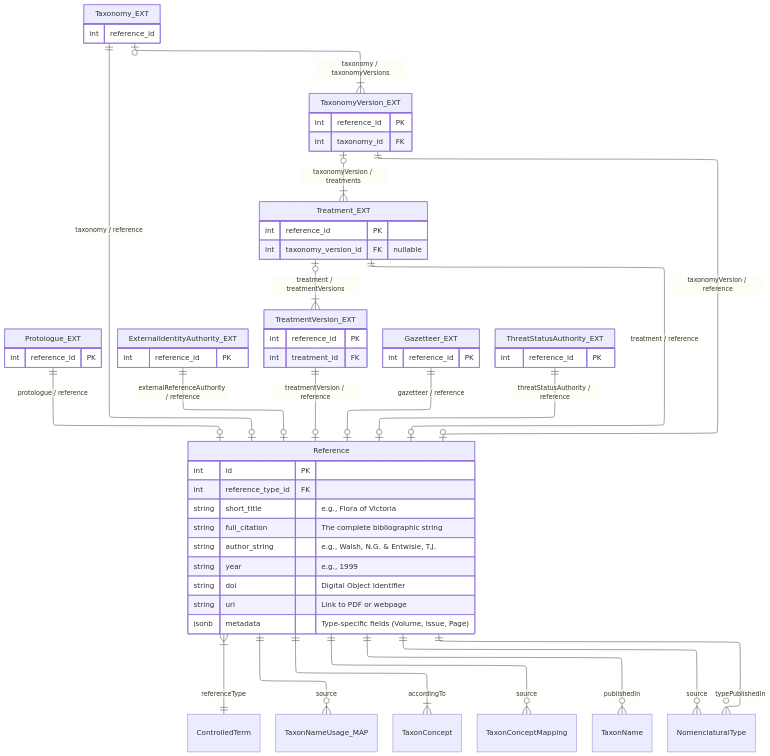
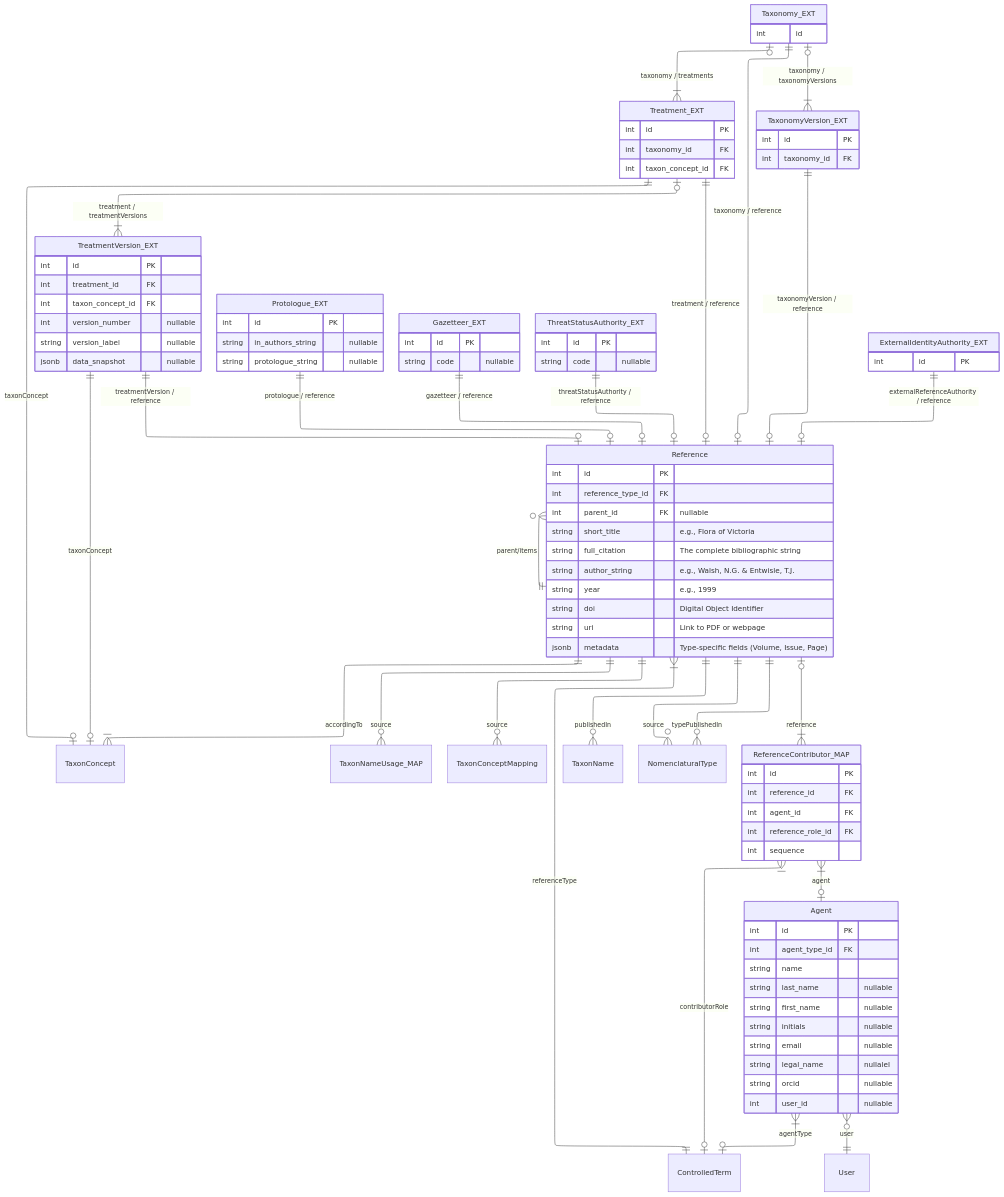
The seventh of 19 diagrams in docs/layers.md (vicflora/vicflora-data-model-2026), drawn with Mermaid before and after one commit. The commit also changed other lines of this file, not shown here.

Commit message:
Update ERDs

````diff
--- a/docs/layers.md
+++ b/docs/layers.md
@@ -282,24 +292,24 @@
     layout: elk
 ---
 erDiagram
-    Protologue_EXT ||--o| Reference : "protologue / reference"
-    ExternalIdentityAuthority_EXT ||--o| Reference : "externalReferenceAuthority / reference"
+    TreatmentVersion_EXT ||--o| Reference : "treatmentVersion / reference"
+    Treatment_EXT ||--o| Reference : "treatment / reference"
     Taxonomy_EXT ||--o| Reference : "taxonomy / reference"
     TaxonomyVersion_EXT ||--o| Reference : "taxonomyVersion / reference"
-    Treatment_EXT ||--o| Reference : "treatment / reference"
-    TreatmentVersion_EXT ||--o| Reference : "treatmentVersion / reference"
+    Protologue_EXT ||--o| Reference : "protologue / reference"
     Gazetteer_EXT ||--o| Reference : "gazetteer / reference"
     ThreatStatusAuthority_EXT ||--o| Reference : "threatStatusAuthority / reference"
-
-    %%TaxonTree }|--o| Taxonomy_EXT : "taxonomy"
-    %%TaxonTreeRevision }|--o| TaxonomyVersion_EXT : "taxonomyVersion"
-    %%TaxonConcept }|--o| TaxonomyVersion_EXT : "accordingTo"
-    %%TaxonConcept }|--o| Treatment_EXT : "accordingTo"
-    %%Profile }|--|| TreatmentVersion_EXT : "treatmentVersion"
+    ExternalIdentityAuthority_EXT ||--o| Reference : "externalReferenceAuthority / reference"
 
     Taxonomy_EXT |o--|{ TaxonomyVersion_EXT : "taxonomy / taxonomyVersions"
-    TaxonomyVersion_EXT |o--|{ Treatment_EXT : "taxonomyVersion / treatments"
+    Taxonomy_EXT |o--|{ Treatment_EXT : "taxonomy / treatments"
     Treatment_EXT |o--|{ TreatmentVersion_EXT : "treatment / treatmentVersions"
+
+    Treatment_EXT ||--o| TaxonConcept : taxonConcept
+    TreatmentVersion_EXT ||--o| TaxonConcept : taxonConcept
+
+    Reference }o--|| Reference : "parent/items"
+ 
 
     Reference }|--|| ControlledTerm : "referenceType"
     Reference ||--o{ TaxonNameUsage_MAP : "source"
@@ -308,10 +318,18 @@
     Reference ||--o{ TaxonName : "publishedIn"
     Reference ||--o{ NomenclaturalType : "typePublishedIn"
     Reference ||--o{ NomenclaturalType : "source"
+
+    Reference |o--|{ ReferenceContributor_MAP : reference
+    ReferenceContributor_MAP }|--o| Agent : agent
+
+    ReferenceContributor_MAP }|--o| ControlledTerm : contributorRole
+    Agent }|--o| ControlledTerm : agentType
+    Agent }o--|| User : user
     
     Reference {
         int id PK
         int reference_type_id FK
+        int parent_id FK "nullable"
         string short_title "e.g., Flora of Victoria"
         string full_citation "The complete bibliographic string"
         string author_string "e.g., Walsh, N.G. & Entwisle, T.J."
@@ -322,38 +340,67 @@
     }
 
     Taxonomy_EXT {
-      int reference_id
+      int id
     }
 
     TaxonomyVersion_EXT {
-      int reference_id PK
+      int id PK
       int taxonomy_id FK
     }
     
     Treatment_EXT {
-      int reference_id PK
-      int taxonomy_version_id FK "nullable"
+      int id PK
+      int taxonomy_id FK
+      int taxon_concept_id FK
     }
 
     TreatmentVersion_EXT {
-      int reference_id PK
+      int id PK
       int treatment_id FK
+      int taxon_concept_id FK
+      int version_number "nullable"
+      string version_label "nullable"
+      jsonb data_snapshot "nullable"
     }
 
     Protologue_EXT {
-      int reference_id PK
+      int id PK
+      string in_authors_string "nullable"
+      string protologue_string "nullable"
     }
 
     Gazetteer_EXT {
-      int reference_id PK
+      int id PK
+      string code "nullable"
     }
 
     ThreatStatusAuthority_EXT {
-      int reference_id PK
+      int id PK
+      string code "nullable"
     }
 
     ExternalIdentityAuthority_EXT {
-      int reference_id PK
+      int id PK
     }
 
+    Agent {
+        int id PK
+        int agent_type_id FK
+        string name
+        string last_name "nullable"
+        string first_name "nullable"
+        string initials "nullable"
+        string email "nullable"
+        string legal_name "nullalel"
+        string orcid "nullable"
+        int user_id "nullable"
+    }
+
+    ReferenceContributor_MAP {
+       int id PK
+       int reference_id FK
+       int agent_id FK
+       int reference_role_id FK
+       int sequence
+    }
 ```
````
